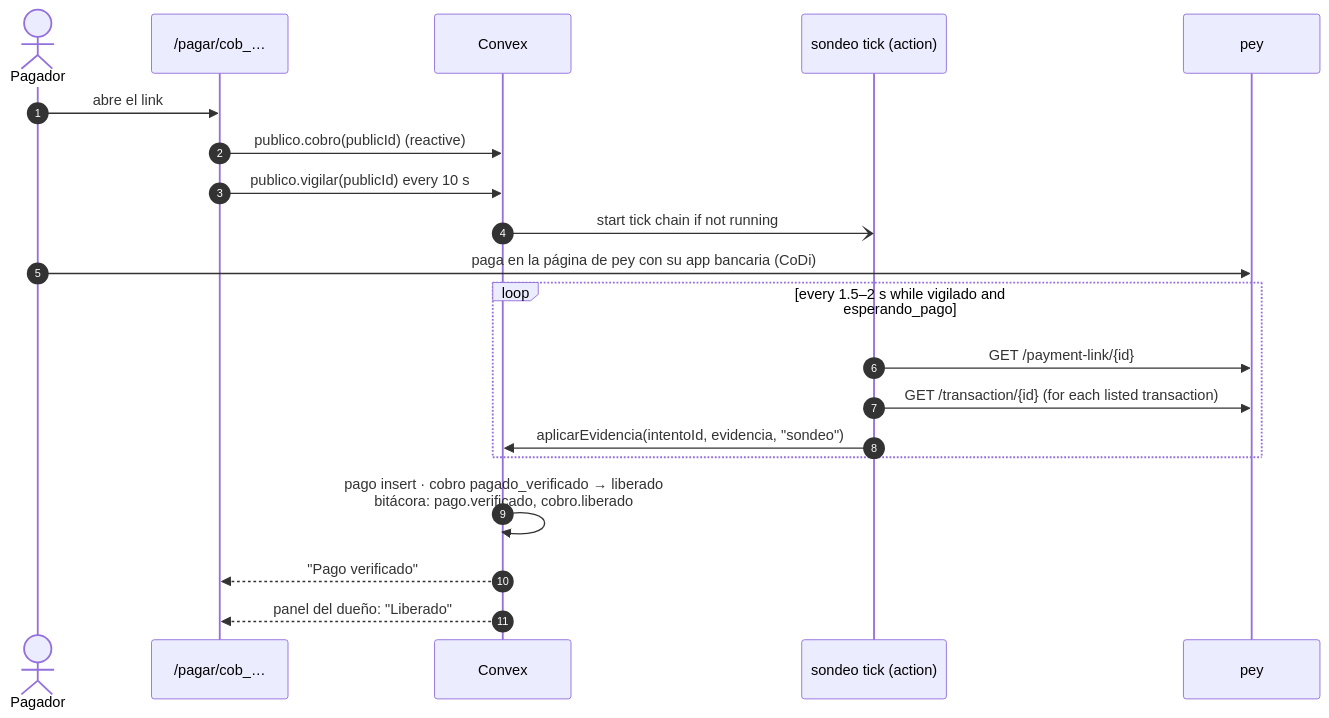
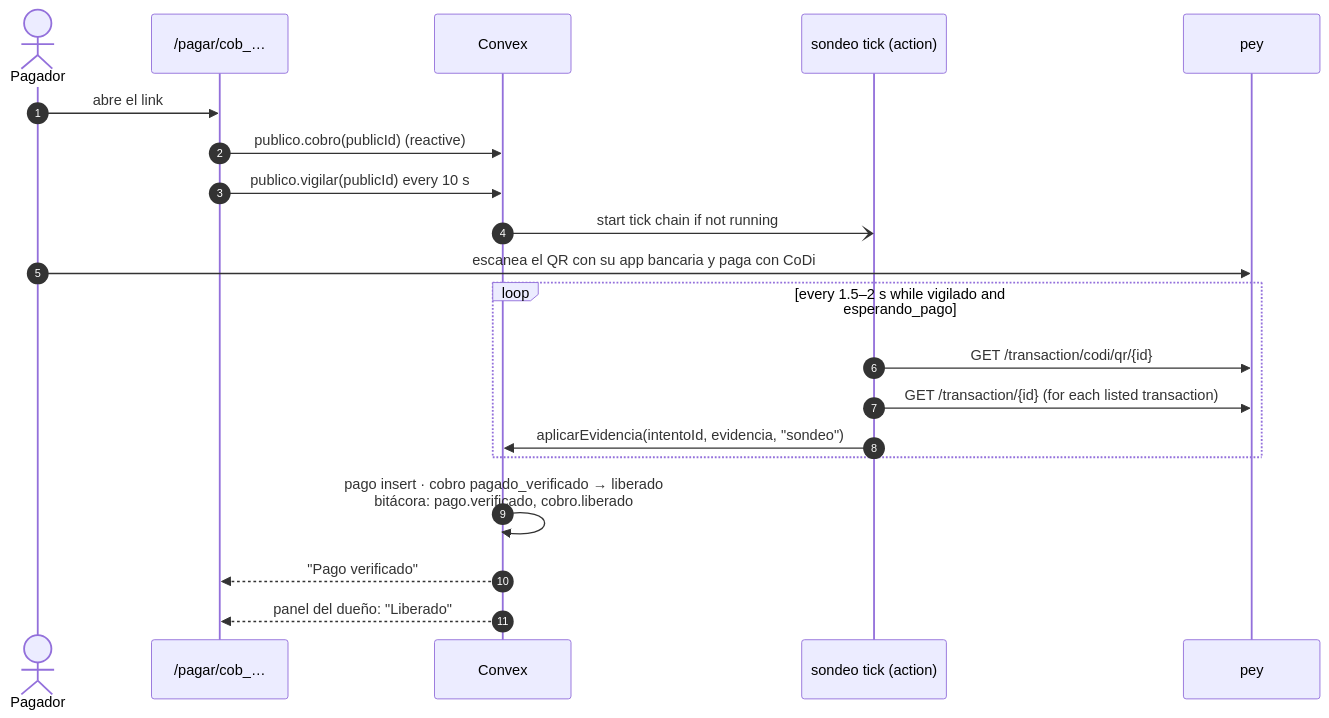
One commit to GNOSIXSI/payvro-os changed the fifth of 7 diagrams in ARCHITECTURE.md. Above: the diagram before and after it, drawn with Mermaid. The commit also changed other lines of this file and 17 other files, not shown here.

````diff
--- a/ARCHITECTURE.md
+++ b/ARCHITECTURE.md
@@ -396,22 +396,22 @@
 ```mermaid
 sequenceDiagram
   autonumber
   actor P as Pagador
   participant PG as /pagar/cob_…
   participant CX as Convex
   participant T as sondeo tick (action)
   participant PEY as pey
   P->>PG: abre el link
   PG->>CX: publico.cobro(publicId) (reactive)
   PG->>CX: publico.vigilar(publicId) every 10 s
   CX-)T: start tick chain if not running
-  P->>PEY: paga en la página de pey con su app bancaria (CoDi)
+  P->>PEY: escanea el QR con su app bancaria y paga con CoDi
   loop every 1.5–2 s while vigilado and esperando_pago
-    T->>PEY: GET /payment-link/{id}
+    T->>PEY: GET /transaction/codi/qr/{id}
     T->>PEY: GET /transaction/{id} (for each listed transaction)
     T->>CX: aplicarEvidencia(intentoId, evidencia, "sondeo")
   end
   CX->>CX: pago insert · cobro pagado_verificado → liberado<br/>bitácora: pago.verificado, cobro.liberado
   CX-->>PG: "Pago verificado"
   CX-->>PG: panel del dueño: "Liberado"
 ```
````
